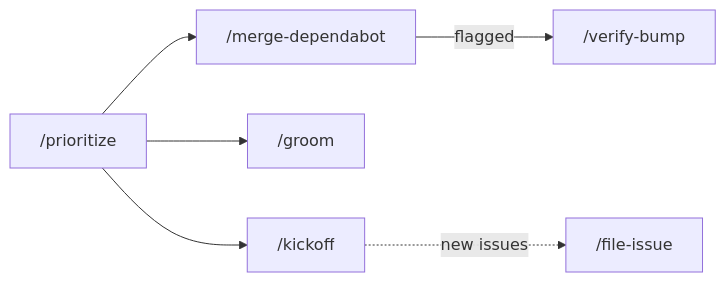
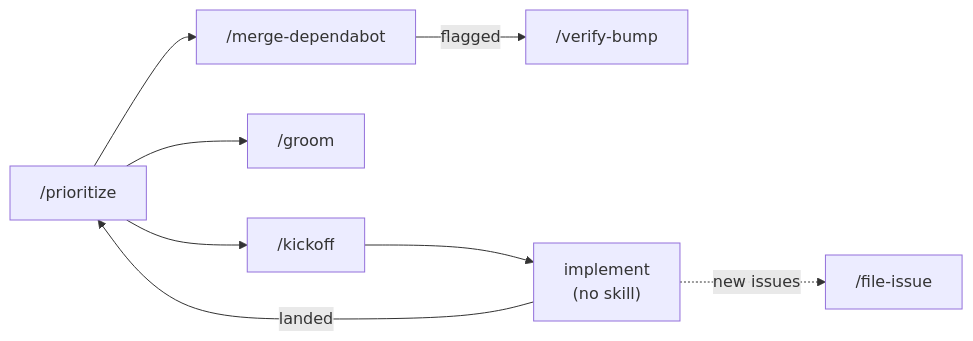
Before and after one commit to NicoVIII/claude-config: the first of 4 diagrams in README.md, drawn with Mermaid. The commit also changed other lines of this file, not shown here.

First line of the commit message:
readme: name the implement step the routine always had but never showed

````diff
--- a/README.md
+++ b/README.md
@@ -63,7 +63,8 @@
 ```mermaid
 flowchart LR
   P["/prioritize"] --> MD["/merge-dependabot"] -- flagged --> VB["/verify-bump"]
   P --> G["/groom"]
-  P --> K["/kickoff"]
-  K -. new issues .-> FI["/file-issue"]
+  P --> K["/kickoff"] --> I["implement<br/>(no skill)"]
+  I -. new issues .-> FI["/file-issue"]
+  I -- landed --> P
 ```
````
